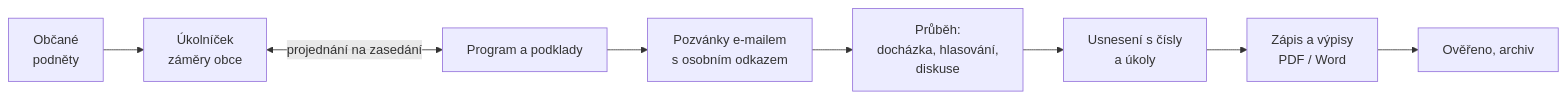
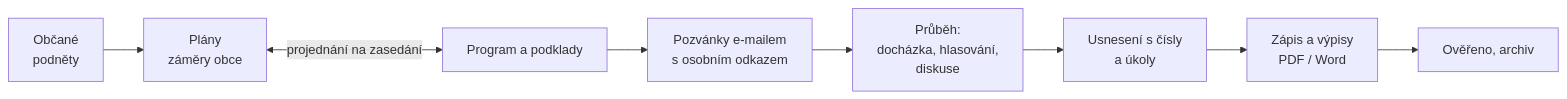
The diagram in README.md (731mat/konsel), drawn with Mermaid before and after one commit. The commit also changed other lines of this file and 68 other files, not shown here.

First line of the commit message:
T48: moduly obce a přejmenování úkolníčku na Plány

````diff
--- a/README.md
+++ b/README.md
@@ -7,10 +7,10 @@
 ```mermaid
 flowchart LR
     A[Program a podklady] --> B[Pozvánky e-mailem<br/>s osobním odkazem]
     B --> C[Průběh:<br/>docházka, hlasování,<br/>diskuse]
     C --> D[Usnesení s čísly<br/>a úkoly]
     D --> E[Zápis a výpisy<br/>PDF / Word]
     E --> F[Ověřeno, archiv]
-    P[Úkolníček<br/>záměry obce] <-->|projednání na zasedání| A
+    P[Plány<br/>záměry obce] <-->|projednání na zasedání| A
     O[Občané<br/>podněty] --> P
 ```
````
